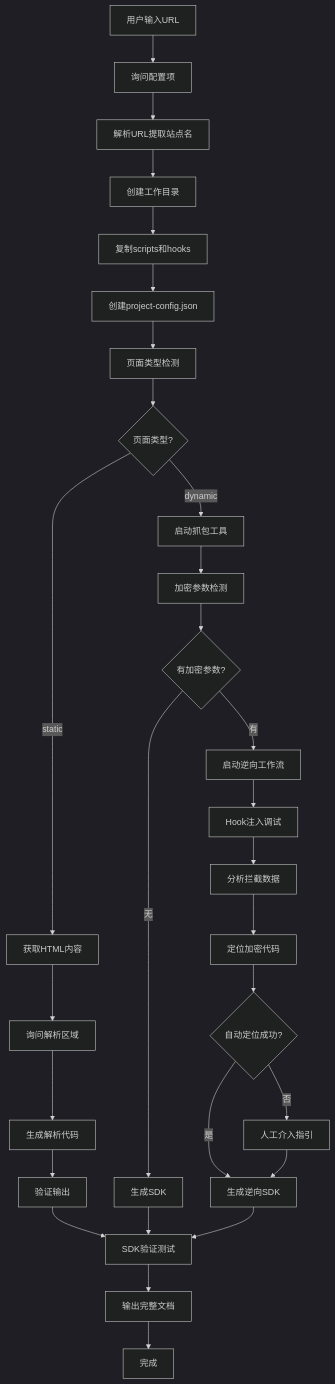
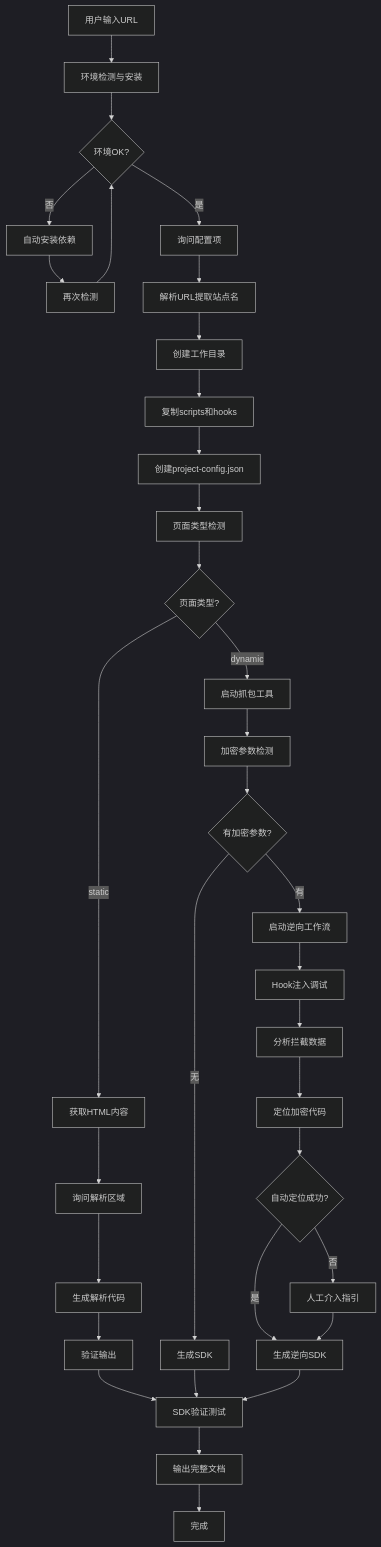
Before and after one commit to 854771076/oh-my-claude-skills: the first of 3 diagrams in .claude/skills/url-analyzer-sdk-gen/skill.md, drawn with Mermaid (dark theme). The commit also changed other lines of this file and 2 other files, not shown here.

````diff
--- a/.claude/skills/url-analyzer-sdk-gen/skill.md
+++ b/.claude/skills/url-analyzer-sdk-gen/skill.md
@@ -22,36 +22,41 @@
 ```mermaid
 flowchart TB
-    A[用户输入URL] --> B[询问配置项]
+    A[用户输入URL] --> A0[环境检测与安装]
+    A0 --> A0R{环境OK?}
+    A0R -->|否| A0I[自动安装依赖]
+    A0I --> A0C[再次检测]
+    A0C --> A0R
+    A0R -->|是| B[询问配置项]
     B --> C[解析URL提取站点名]
     C --> D[创建工作目录]
     D --> E[复制scripts和hooks]
     E --> F[创建project-config.json]
     
     F --> G[页面类型检测]
     G --> H{页面类型?}
     
     H -->|static| I[获取HTML内容]
     I --> J[询问解析区域]
     J --> K[生成解析代码]
     K --> L[验证输出]
     
     H -->|dynamic| M[启动抓包工具]
     M --> N[加密参数检测]
     N --> O{有加密参数?}
     O -->|无| P[生成SDK]
     O -->|有| Q[启动逆向工作流]
     
     Q --> R[Hook注入调试]
     R --> S[分析拦截数据]
     S --> T[定位加密代码]
     T --> U{自动定位成功?}
     U -->|是| V[生成逆向SDK]
     U -->|否| W[人工介入指引]
     W --> V
     
     L --> X[SDK验证测试]
     P --> X
     V --> X
     X --> Y[输出完整文档]
     Y --> Z[完成]
 ```
````
